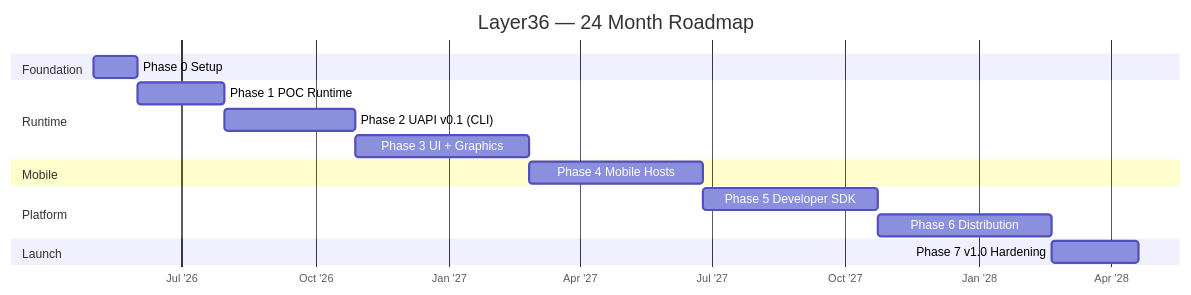
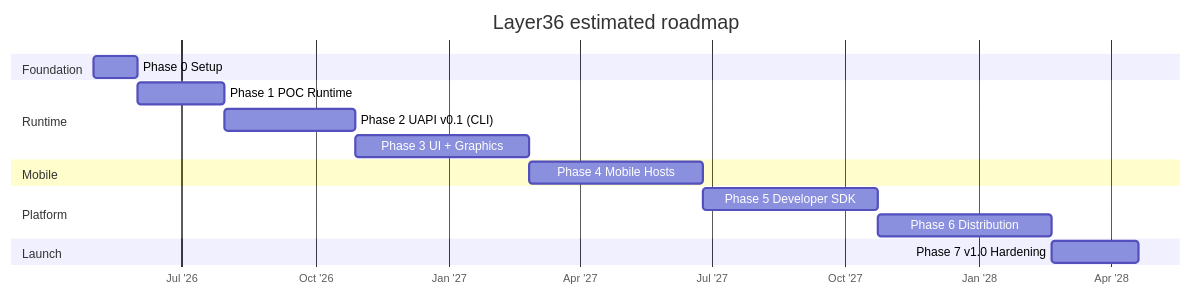
Before and after one commit to incyashraj/layer6x6: the first of 10 diagrams in Plan/Build-Plan.md, drawn with Mermaid. The commit also changed other lines of this file and 29 other files, not shown here.

Commit message:
docs: make roadmap and status human

````diff
--- a/Plan/Build-Plan.md
+++ b/Plan/Build-Plan.md
@@ -94,20 +94,20 @@
 ```mermaid
 gantt
-    title Layer36 — 24 Month Roadmap
+    title Layer36 estimated roadmap
     dateFormat  YYYY-MM-DD
     axisFormat  %b '%y
 
     section Foundation
     Phase 0 Setup             :p0, 2026-05-01, 30d
     section Runtime
     Phase 1 POC Runtime       :p1, after p0, 60d
     Phase 2 UAPI v0.1 (CLI)   :p2, after p1, 90d
     Phase 3 UI + Graphics     :p3, after p2, 120d
     section Mobile
     Phase 4 Mobile Hosts      :p4, after p3, 120d
     section Platform
     Phase 5 Developer SDK     :p5, after p4, 120d
     Phase 6 Distribution      :p6, after p5, 120d
     section Launch
     Phase 7 v1.0 Hardening    :p7, after p6, 60d
 ```
````
